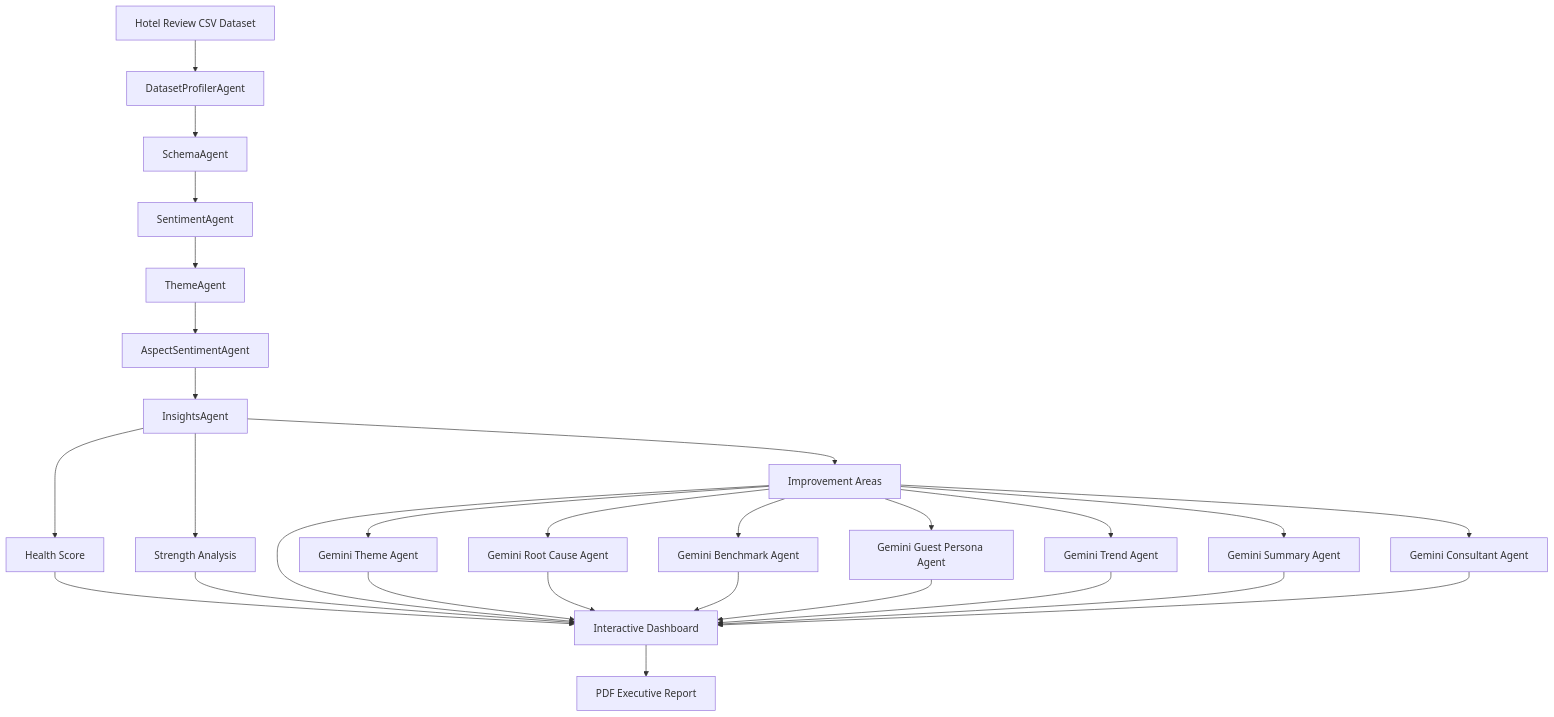
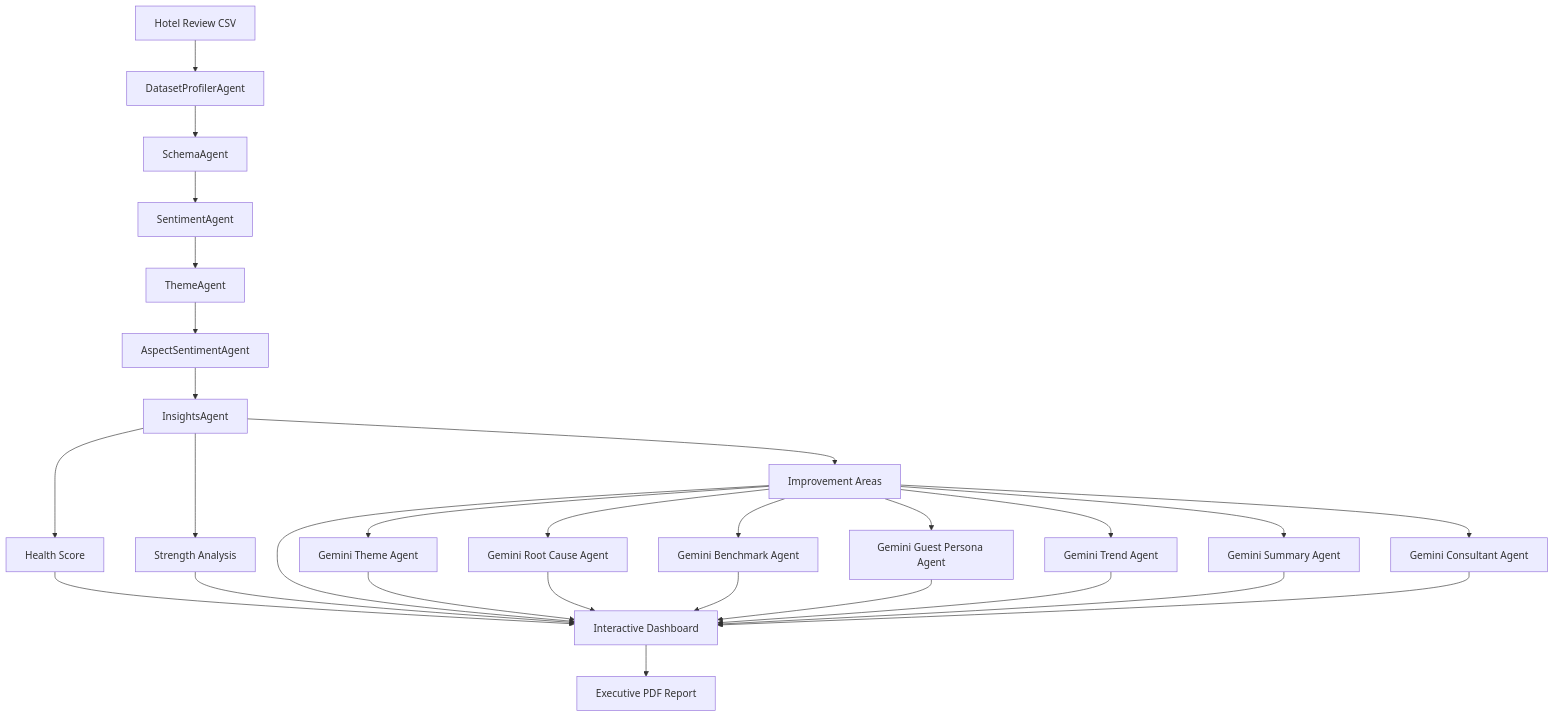
The diagram in README.md (shetketumitra/HotelInsightAI), drawn with Mermaid before and after one commit. The commit also changed other lines of this file, not shown here.

````diff
--- a/README.md
+++ b/README.md
@@ -25,37 +85,57 @@
 ```mermaid
 flowchart TD
 
-    A[Hotel Review CSV Dataset]
+A[Hotel Review CSV] --> B[DatasetProfilerAgent]
 
-    A --> B[DatasetProfilerAgent]
-    B --> C[SchemaAgent]
-    C --> D[SentimentAgent]
-    D --> E[ThemeAgent]
-    E --> F[AspectSentimentAgent]
-    F --> G[InsightsAgent]
+B --> C[SchemaAgent]
 
-    G --> H[Health Score]
-    G --> I[Strength Analysis]
-    G --> J[Improvement Areas]
+C --> D[SentimentAgent]
 
-    J --> K[Gemini Theme Agent]
-    J --> L[Gemini Root Cause Agent]
-    J --> M[Gemini Benchmark Agent]
-    J --> N[Gemini Guest Persona Agent]
-    J --> O[Gemini Trend Agent]
-    J --> P[Gemini Summary Agent]
-    J --> Q[Gemini Consultant Agent]
+D --> E[ThemeAgent]
 
-    H --> R[Interactive Dashboard]
-    I --> R
-    J --> R
-    K --> R
-    L --> R
-    M --> R
-    N --> R
-    O --> R
-    P --> R
-    Q --> R
+E --> F[AspectSentimentAgent]
 
-    R --> S[PDF Executive Report]
+F --> G[InsightsAgent]
+
+G --> H[Health Score]
+
+G --> I[Strength Analysis]
+
+G --> J[Improvement Areas]
+
+J --> K[Gemini Theme Agent]
+
+J --> L[Gemini Root Cause Agent]
+
+J --> M[Gemini Benchmark Agent]
+
+J --> N[Gemini Guest Persona Agent]
+
+J --> O[Gemini Trend Agent]
+
+J --> P[Gemini Summary Agent]
+
+J --> Q[Gemini Consultant Agent]
+
+H --> R[Interactive Dashboard]
+
+I --> R
+
+J --> R
+
+K --> R
+
+L --> R
+
+M --> R
+
+N --> R
+
+O --> R
+
+P --> R
+
+Q --> R
+
+R --> S[Executive PDF Report]
 ```
````
